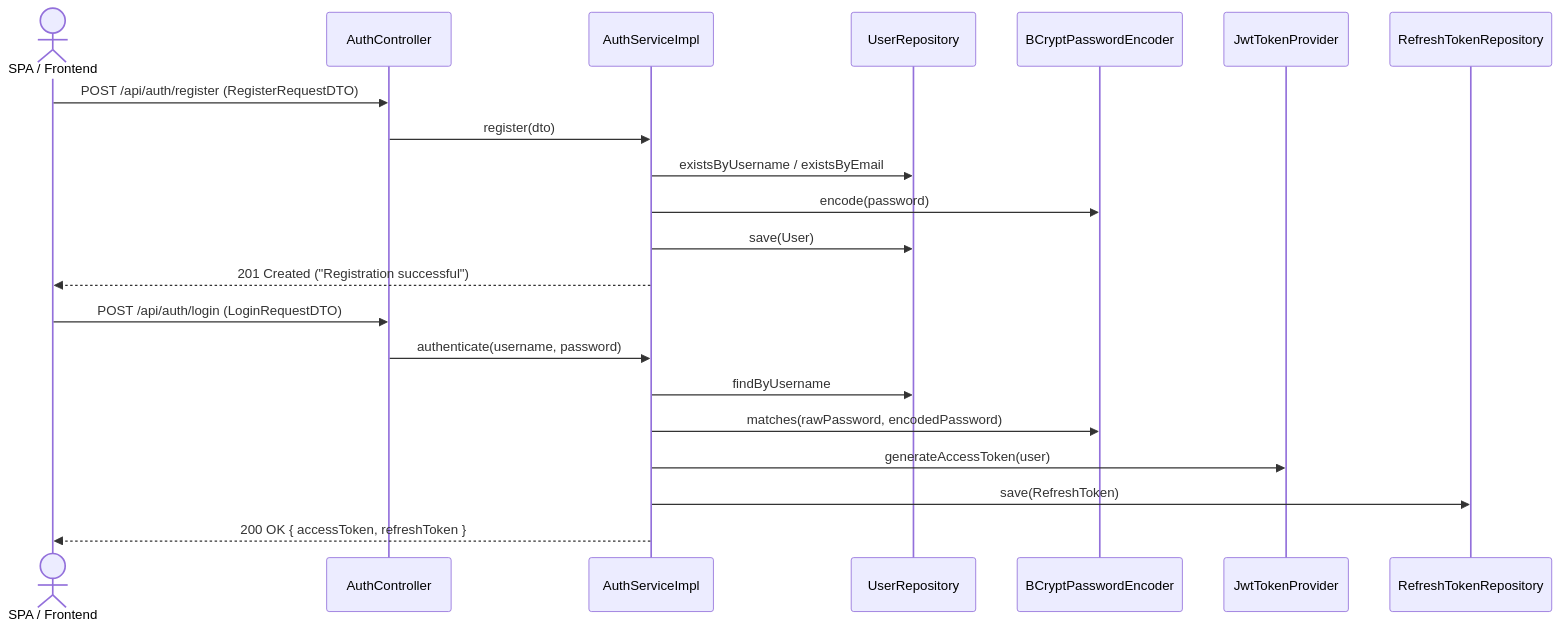
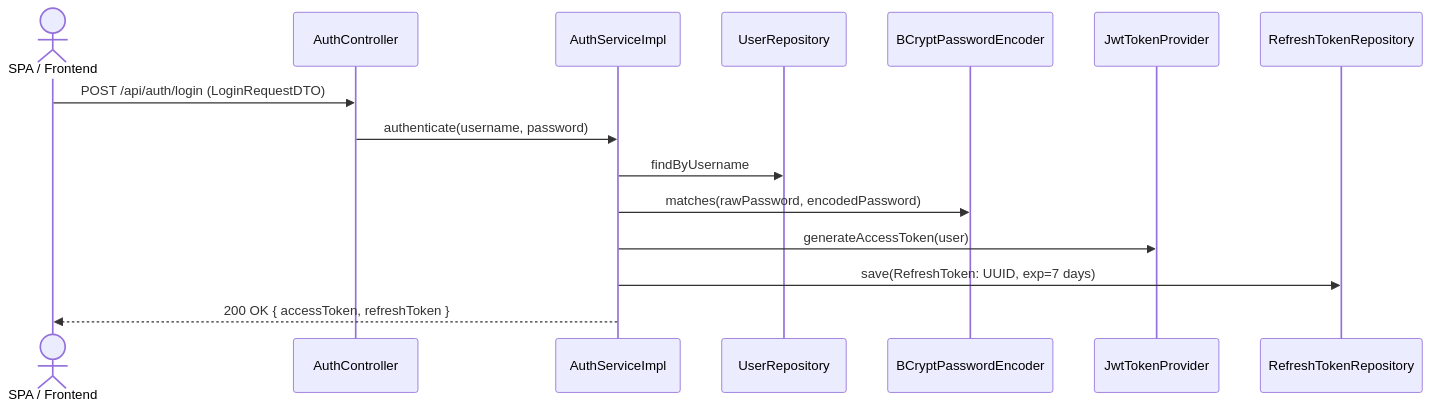
The first of 13 diagrams in docs/workflows.md (srikarthickeyanganapathy/Ryokai_backend), drawn with Mermaid before and after one commit. The commit also changed other lines of this file and 1 other file, not shown here.

````diff
--- a/docs/workflows.md
+++ b/docs/workflows.md
@@ -9,25 +24,18 @@
 ```mermaid
 sequenceDiagram
     actor Client as SPA / Frontend
     participant AuthCtrl as AuthController
     participant AuthSvc as AuthServiceImpl
     participant UserRepo as UserRepository
     participant Encoder as BCryptPasswordEncoder
     participant JwtProv as JwtTokenProvider
     participant RefRepo as RefreshTokenRepository
 
-    Client->>AuthCtrl: POST /api/auth/register (RegisterRequestDTO)
-    AuthCtrl->>AuthSvc: register(dto)
-    AuthSvc->>UserRepo: existsByUsername / existsByEmail
-    AuthSvc->>Encoder: encode(password)
-    AuthSvc->>UserRepo: save(User)
-    AuthSvc-->>Client: 201 Created ("Registration successful")
-
     Client->>AuthCtrl: POST /api/auth/login (LoginRequestDTO)
     AuthCtrl->>AuthSvc: authenticate(username, password)
     AuthSvc->>UserRepo: findByUsername
     AuthSvc->>Encoder: matches(rawPassword, encodedPassword)
     AuthSvc->>JwtProv: generateAccessToken(user)
-    AuthSvc->>RefRepo: save(RefreshToken)
+    AuthSvc->>RefRepo: save(RefreshToken: UUID, exp=7 days)
     AuthSvc-->>Client: 200 OK { accessToken, refreshToken }
 ```
````
